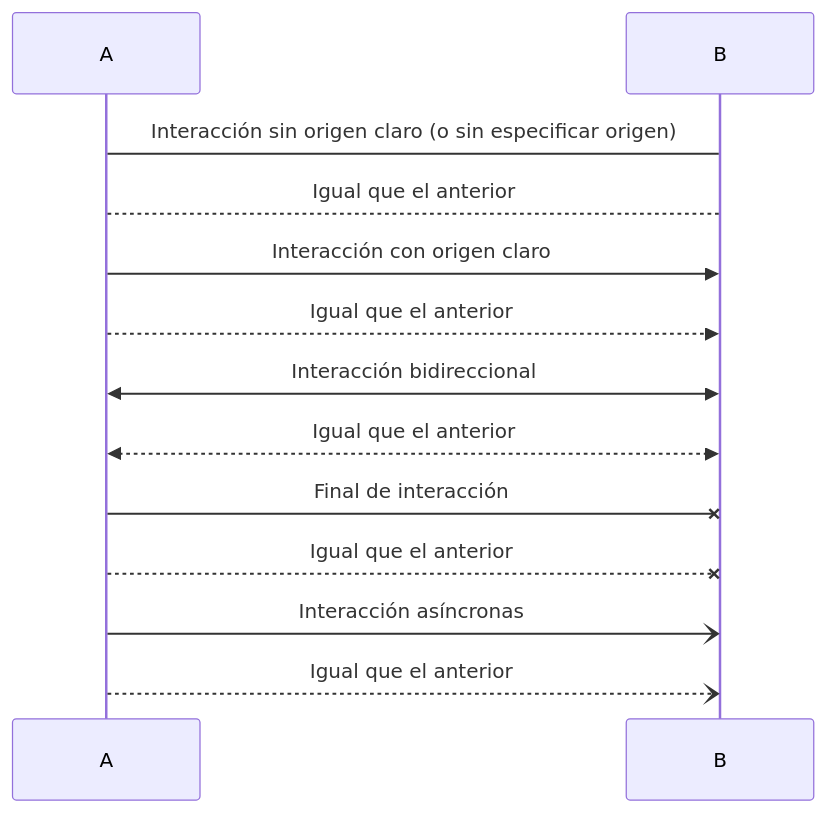
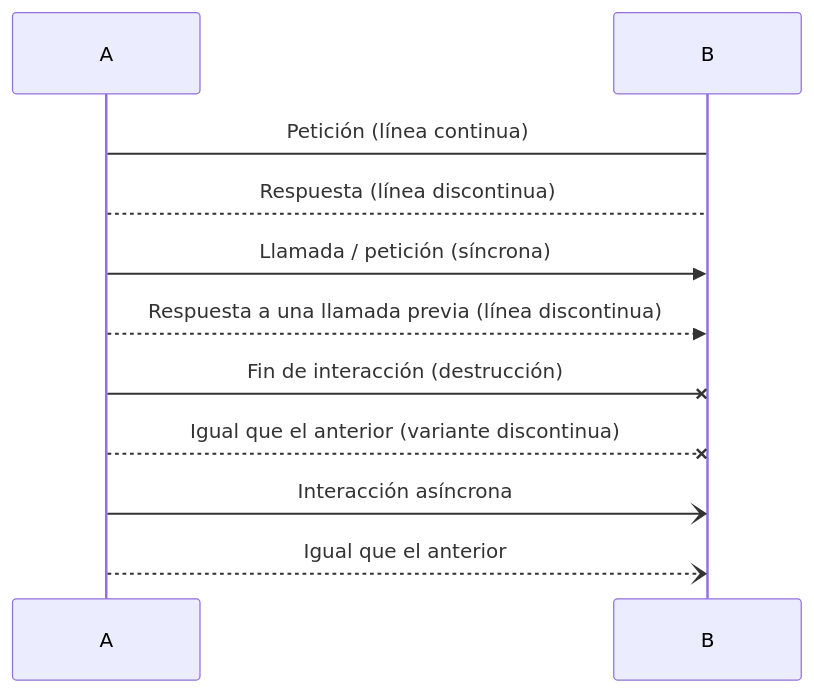
The second of 3 diagrams in ejemplos/diagrama_secuencia_app_movil.md (IvanciniGT/formacionUMLDTE), drawn with Mermaid before and after one commit. The commit also changed other lines of this file and 8 other files, not shown here.

````diff
--- a/ejemplos/diagrama_secuencia_app_movil.md
+++ b/ejemplos/diagrama_secuencia_app_movil.md
@@ -117,17 +121,17 @@
 ```mermaid
-
 sequenceDiagram
 
     participant A
     participant B
-    A->B: Interacción sin origen claro (o sin especificar origen)
-    A-->B: Igual que el anterior
-    A->>B: Interacción con origen claro
-    A-->>B: Igual que el anterior
-    A<<->>B: Interacción bidireccional
-    A<<-->>B: Igual que el anterior
-    A-xB: Final de interacción 
-    A--xB: Igual que el anterior
-    A-)B: Interacción asíncronas
+
+    A->B: Petición (línea continua)
+    A-->B: Respuesta (línea discontinua)
+    A->>B: Llamada / petición (síncrona)
+    A-->>B: Respuesta a una llamada previa (línea discontinua)
+
+    A-xB: Fin de interacción (destrucción)
+    A--xB: Igual que el anterior (variante discontinua)
+
+    A-)B: Interacción asíncrona
     A--)B: Igual que el anterior
 ```
````
